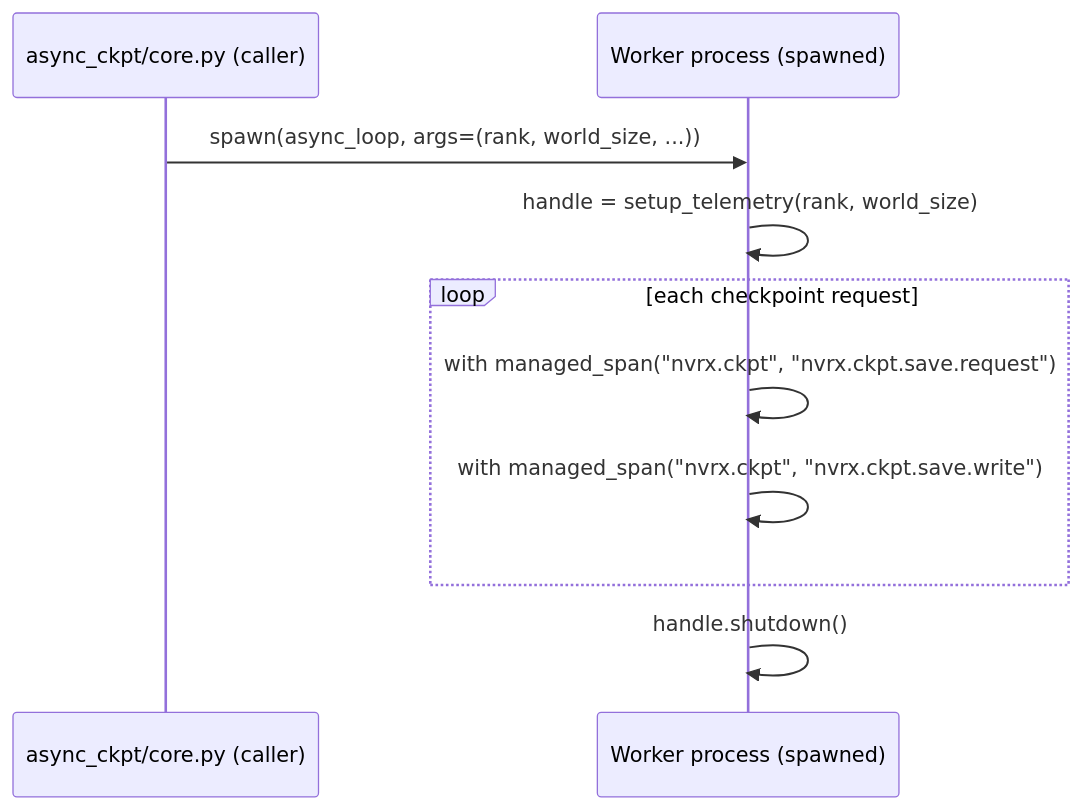
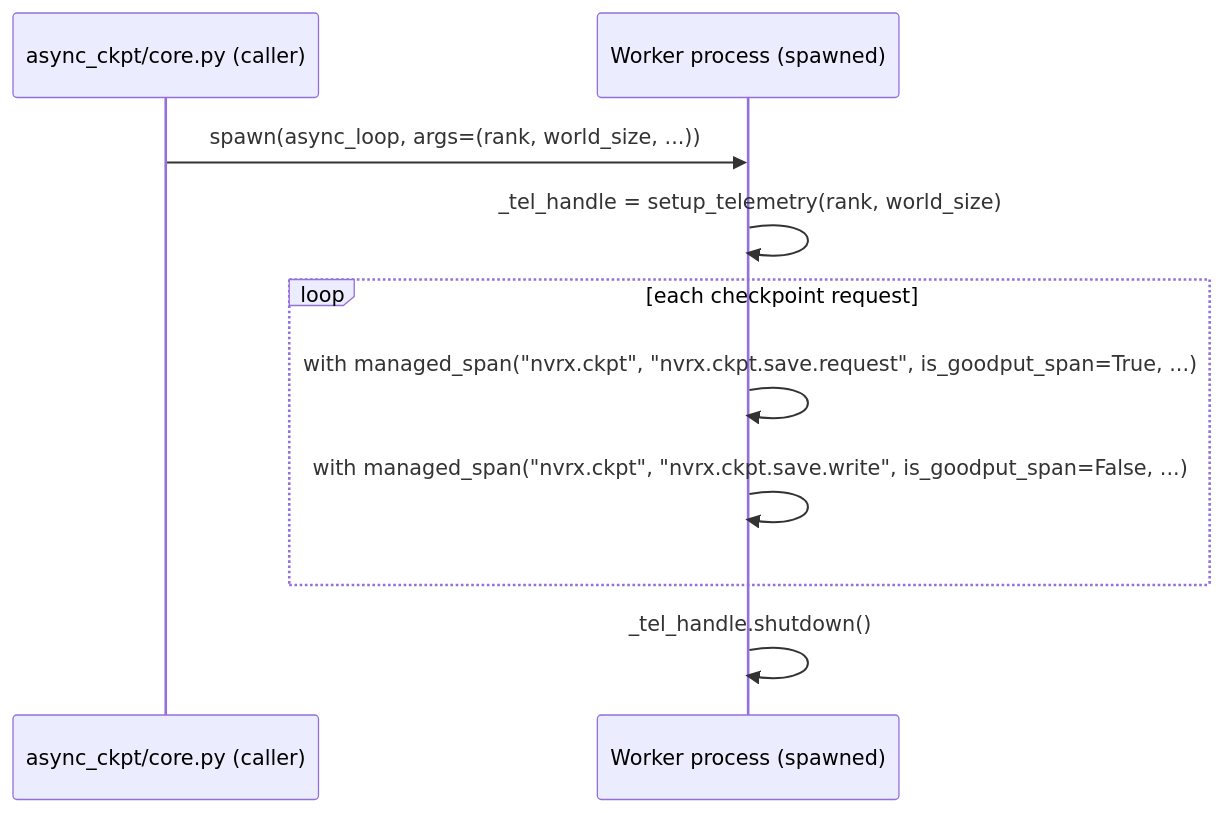
The fourth of 4 diagrams in docs/design/telemetry/NEMO_LENS.md (NVIDIA/nvidia-resiliency-ext), drawn with Mermaid before and after one commit. The commit also changed other lines of this file, not shown here.

First line of the commit message:
docs/design: update nemo-lens telemetry design

````diff
--- a/docs/design/telemetry/NEMO_LENS.md
+++ b/docs/design/telemetry/NEMO_LENS.md
@@ -120,13 +236,13 @@
 ```mermaid
 sequenceDiagram
     participant C as async_ckpt/core.py (caller)
     participant W as Worker process (spawned)
 
     C->>W: spawn(async_loop, args=(rank, world_size, ...))
-    W->>W: handle = setup_telemetry(rank, world_size)
+    W->>W: _tel_handle = setup_telemetry(rank, world_size)
     loop each checkpoint request
-        W->>W: with managed_span("nvrx.ckpt", "nvrx.ckpt.save.request")
-        W->>W: with managed_span("nvrx.ckpt", "nvrx.ckpt.save.write")
+        W->>W: with managed_span("nvrx.ckpt", "nvrx.ckpt.save.request", is_goodput_span=True, ...)
+        W->>W: with managed_span("nvrx.ckpt", "nvrx.ckpt.save.write", is_goodput_span=False, ...)
     end
-    W->>W: handle.shutdown()
+    W->>W: _tel_handle.shutdown()
 ```
````
